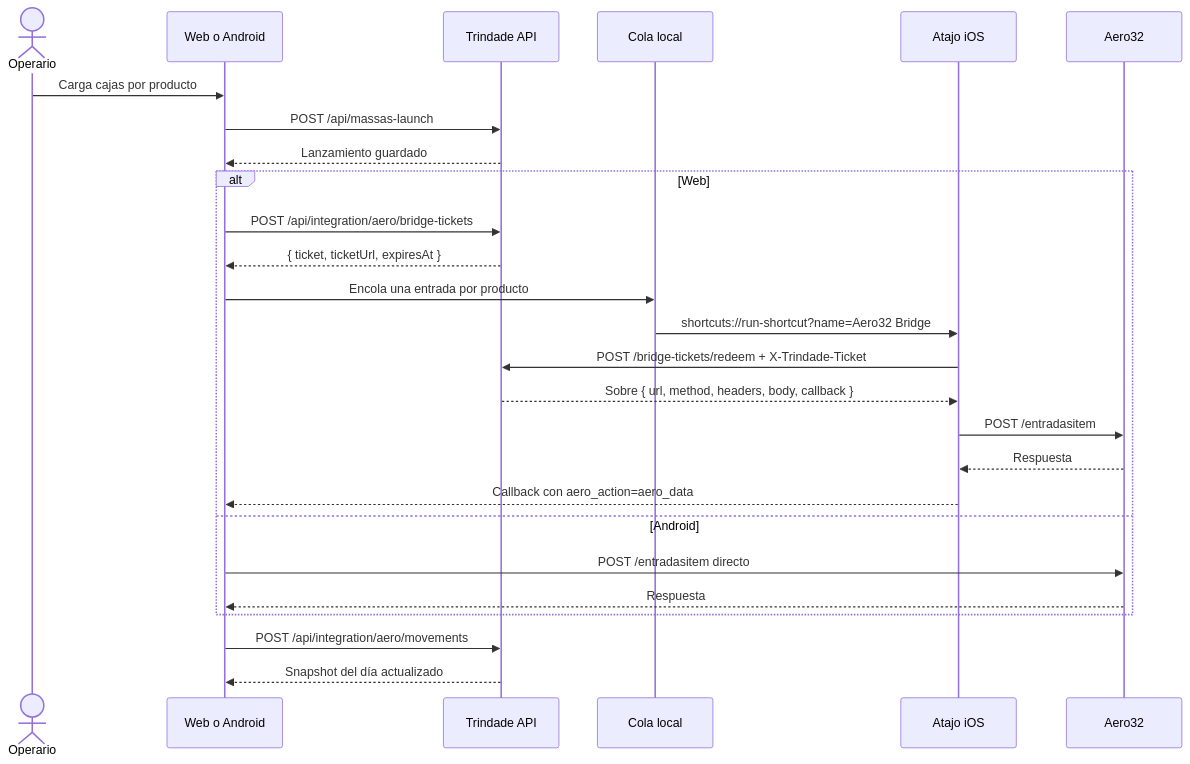
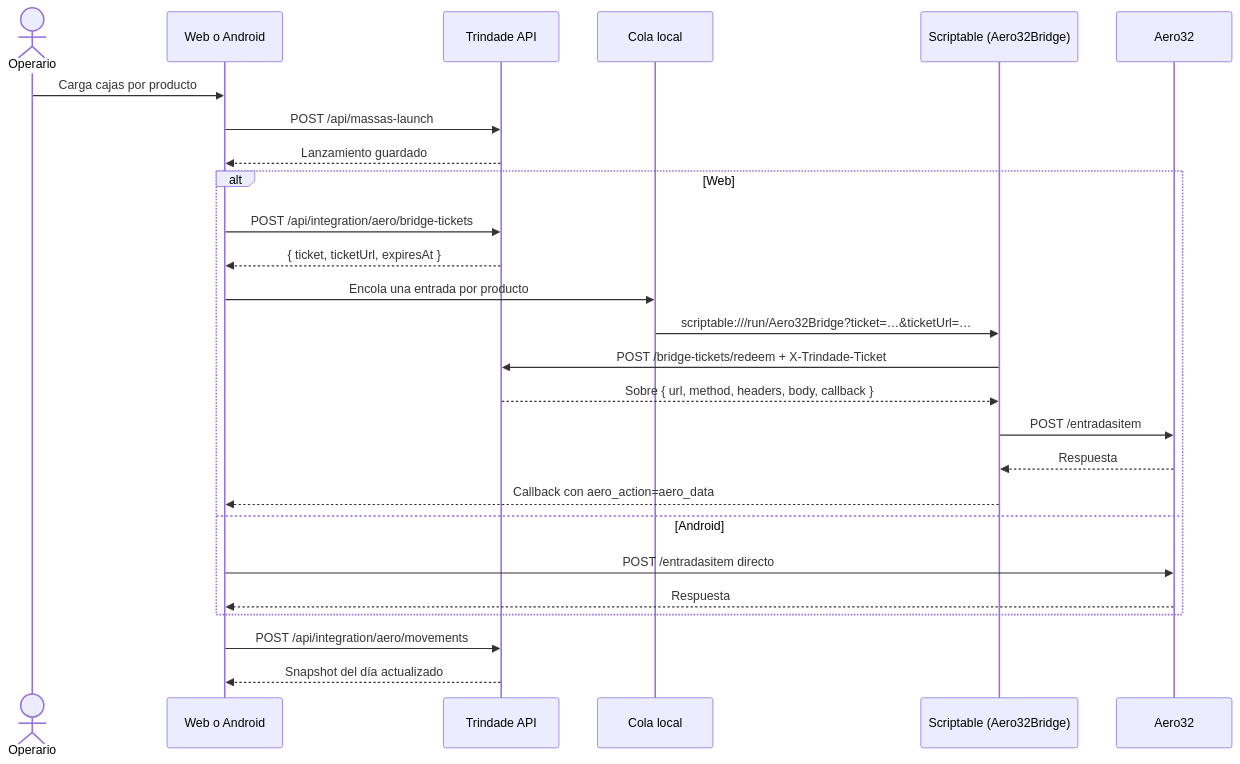
The diagram in docs/integracion-aero-masas-web.md (wilkin-barban/Trindade), drawn with Mermaid before and after one commit. The commit also changed other lines of this file and 6 other files, not shown here.

Commit message:
docs: document the Scriptable bridge for the iPhone

````diff
--- a/docs/integracion-aero-masas-web.md
+++ b/docs/integracion-aero-masas-web.md
@@ -44,29 +46,29 @@
 ```mermaid
 sequenceDiagram
     actor Operario
     participant UI as Web o Android
     participant API as Trindade API
     participant Cola as Cola local
-    participant Atajo as Atajo iOS
+    participant App as Scriptable (Aero32Bridge)
     participant ERP as Aero32
 
     Operario->>UI: Carga cajas por producto
     UI->>API: POST /api/massas-launch
     API-->>UI: Lanzamiento guardado
     alt Web
         UI->>API: POST /api/integration/aero/bridge-tickets
         API-->>UI: { ticket, ticketUrl, expiresAt }
         UI->>Cola: Encola una entrada por producto
-        Cola->>Atajo: shortcuts://run-shortcut?name=Aero32 Bridge
-        Atajo->>API: POST /bridge-tickets/redeem + X-Trindade-Ticket
-        API-->>Atajo: Sobre { url, method, headers, body, callback }
-        Atajo->>ERP: POST /entradasitem
-        ERP-->>Atajo: Respuesta
-        Atajo-->>UI: Callback con aero_action=aero_data
+        Cola->>App: scriptable:///run/Aero32Bridge?ticket=…&ticketUrl=…
+        App->>API: POST /bridge-tickets/redeem + X-Trindade-Ticket
+        API-->>App: Sobre { url, method, headers, body, callback }
+        App->>ERP: POST /entradasitem
+        ERP-->>App: Respuesta
+        App-->>UI: Callback con aero_action=aero_data
     else Android
         UI->>ERP: POST /entradasitem directo
         ERP-->>UI: Respuesta
     end
     UI->>API: POST /api/integration/aero/movements
     API-->>UI: Snapshot del día actualizado
 ```
````
